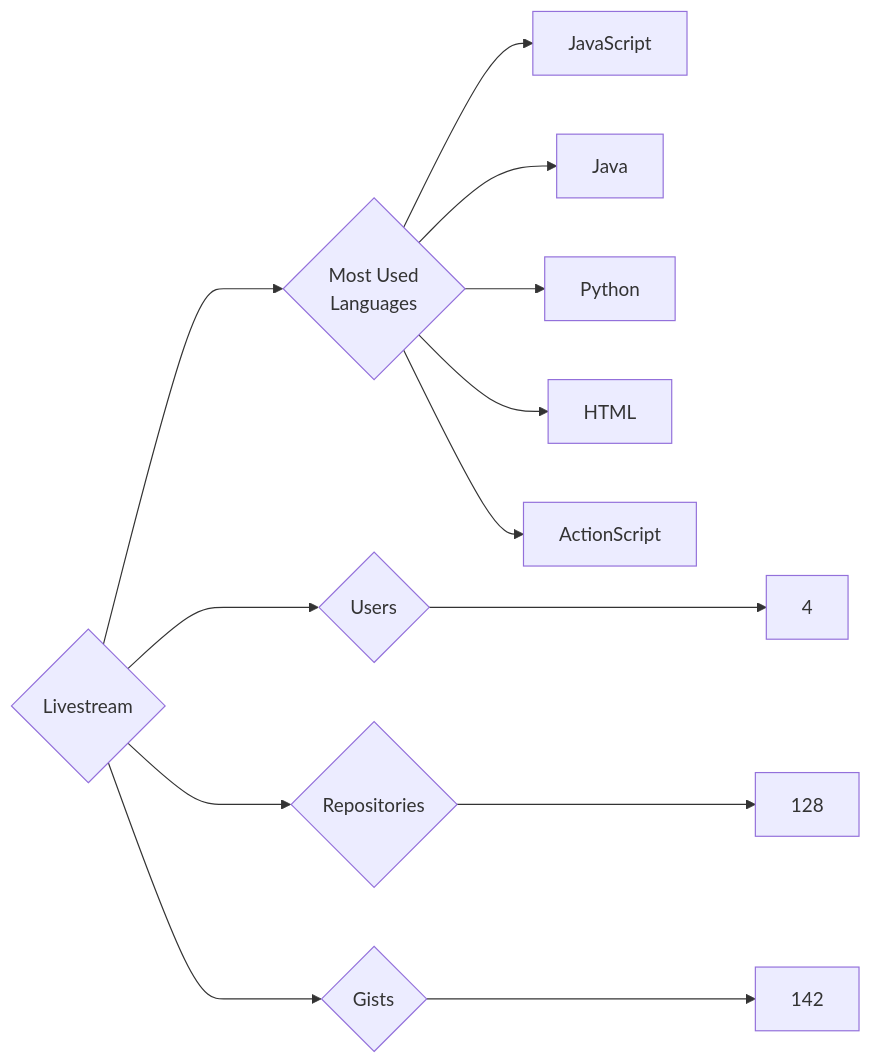
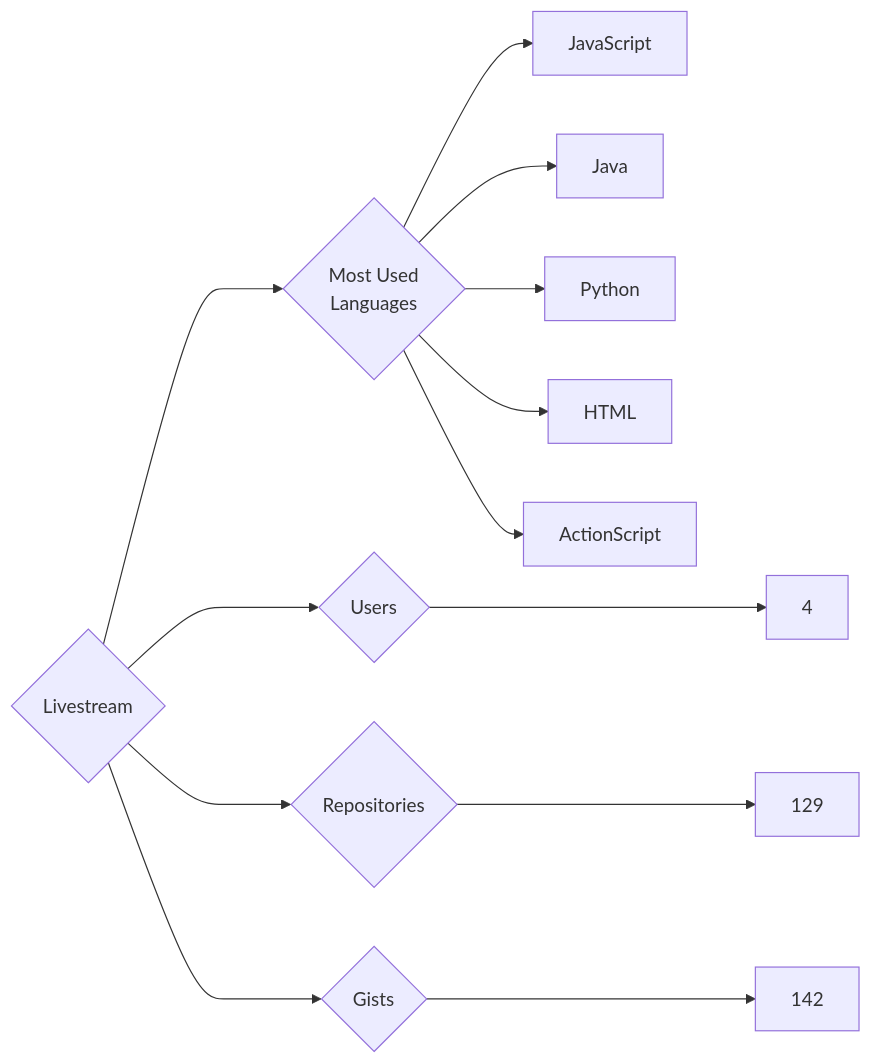
Before and after one commit to trickest/insiders: the diagram in targets/Livestream/README.md, drawn with Mermaid. The commit also changed 823 other files, not shown here.

````diff
--- a/targets/Livestream/README.md
+++ b/targets/Livestream/README.md
@@ -3,13 +3,13 @@
 ```mermaid
 graph LR
 COMPANY_NAME{Livestream}
 COMPANY_NAME ---> U{Users} ---> UN[4]
-COMPANY_NAME ---> R{Repositories} ---> RN[128]
+COMPANY_NAME ---> R{Repositories} ---> RN[129]
 COMPANY_NAME ---> G{Gists} ---> GN[142]
 COMPANY_NAME ---> ML{Most Used<br>Languages}
 ML --> JavaScript[JavaScript]
 ML --> Java[Java]
 ML --> Python[Python]
 ML --> HTML[HTML]
 ML --> ActionScript[ActionScript]
 ```
````
